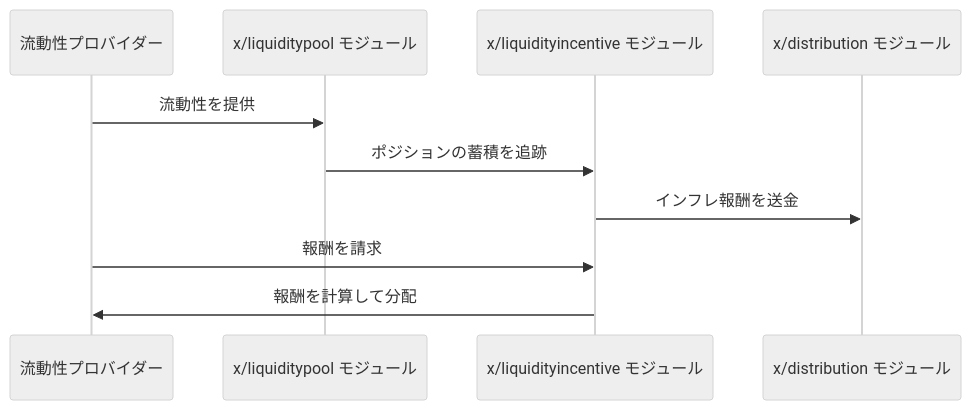
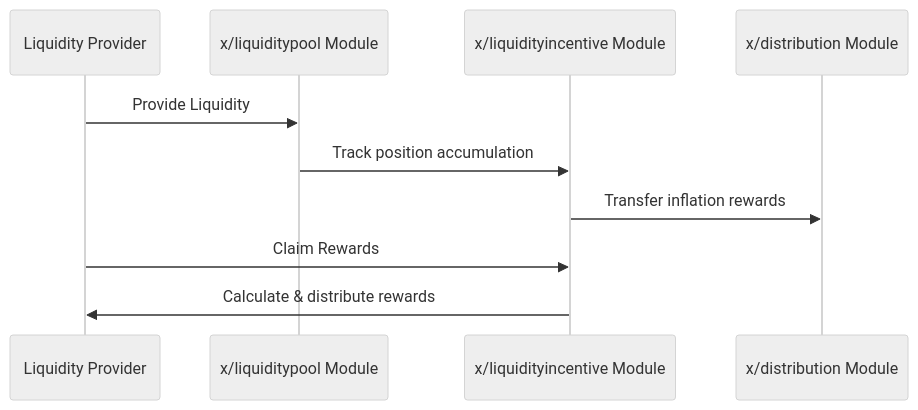
Before and after one commit to sunriselayer/gitbook: the second of 2 diagrams in ja/learn/sunrise/liquidity-incentive.md, drawn with Mermaid (neutral theme). The commit also changed other lines of this file and 19 other files, not shown here.

````diff
--- a/ja/learn/sunrise/liquidity-incentive.md
+++ b/ja/learn/sunrise/liquidity-incentive.md
@@ -86,13 +86,13 @@
 ```mermaid
 sequenceDiagram
-    participant User as 流動性プロバイダー
-    participant LiquidityPool as x/liquiditypool モジュール
-    participant IncentiveModule as x/liquidityincentive モジュール
-    participant Distribution as x/distribution モジュール
+    participant User as Liquidity Provider
+    participant LiquidityPool as x/liquiditypool Module
+    participant IncentiveModule as x/liquidityincentive Module
+    participant Distribution as x/distribution Module
 
-    User->>LiquidityPool: 流動性を提供
-    LiquidityPool->>IncentiveModule: ポジションの蓄積を追跡
-    IncentiveModule->>Distribution: インフレ報酬を送金
-    User->>IncentiveModule: 報酬を請求
-    IncentiveModule->>User: 報酬を計算して分配
+    User->>LiquidityPool: Provide Liquidity
+    LiquidityPool->>IncentiveModule: Track position accumulation
+    IncentiveModule->>Distribution: Transfer inflation rewards
+    User->>IncentiveModule: Claim Rewards
+    IncentiveModule->>User: Calculate & distribute rewards
 ```
````
